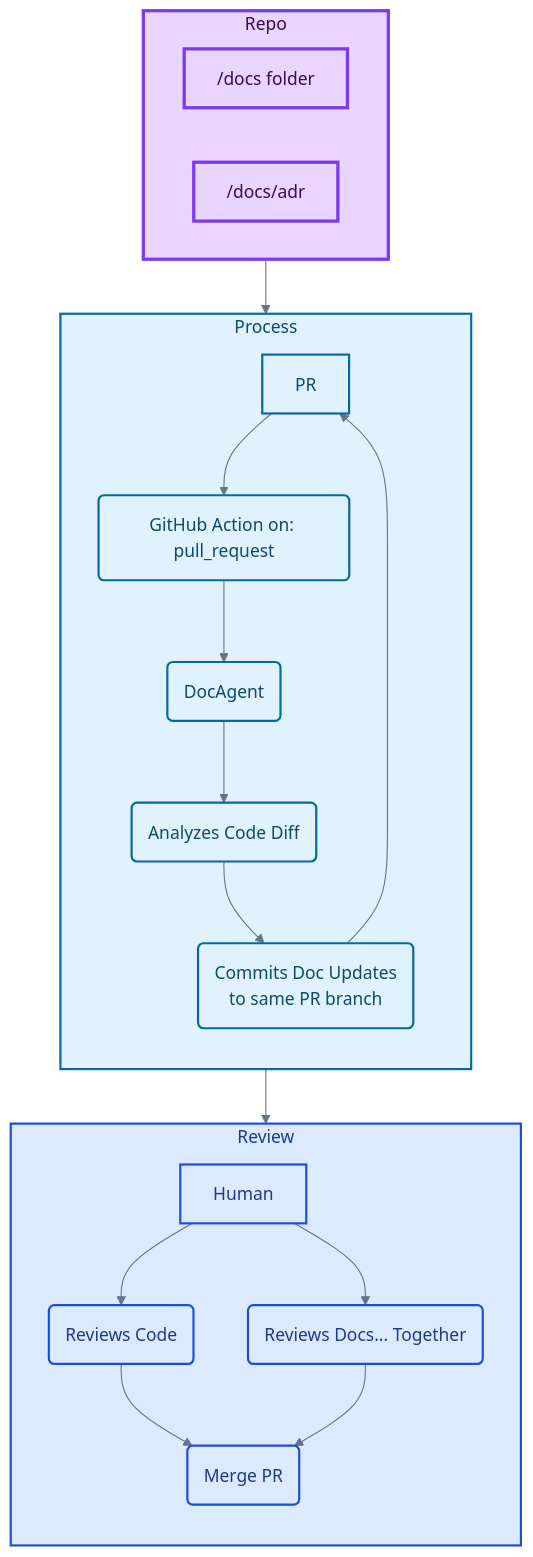
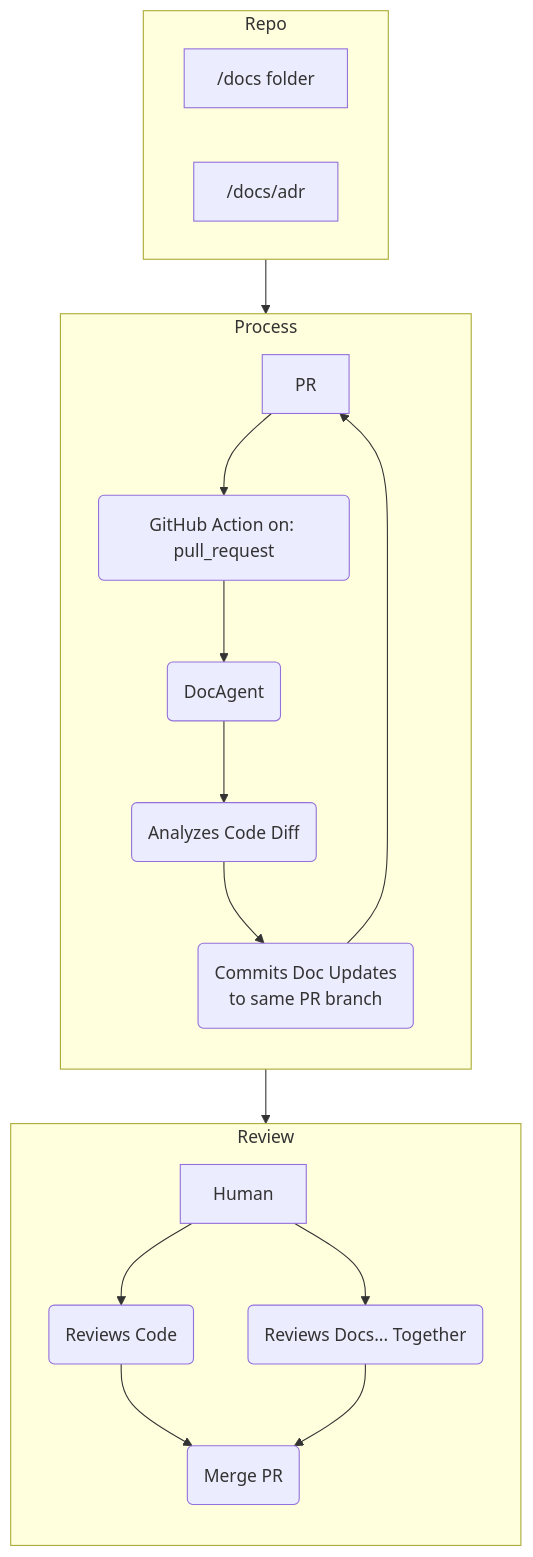
Before and after one commit to donbr/github-agentic-om: the eighth of 8 diagrams in github-native-operating-model.md, drawn with Mermaid. The commit also changed other lines of this file, not shown here.

````diff
--- a/github-native-operating-model.md
+++ b/github-native-operating-model.md
@@ -526,37 +461,28 @@
 ```mermaid
-%%{init: {"theme":"base", "themeVariables": {"lineColor":"#64748B","primaryBorderColor":"#64748B","textColor":"#1E293B","background":"#FFFFFF"}}}%%
 graph TD
     subgraph Repo
         direction LR
         DOCS["/docs folder"]
         ADRS["/docs/adr"]
     end
 
     subgraph Process
         direction TB
         PR --> GHA(GitHub Action on: pull_request);
         GHA --> DocAgent(DocAgent);
         DocAgent --> DIFF(Analyzes Code Diff);
         DIFF --> COMMIT(Commits Doc Updates <br/> to same PR branch);
         COMMIT --> PR;
     end
 
     subgraph Review
         direction TB
         Human
         Human --> ReviewCode(Reviews Code);
         Human --> ReviewDocs(Reviews Docs... Together);
         ReviewCode & ReviewDocs --> Merge(Merge PR);
     end
 
     Repo --> GHA;
     PR --> Human;
-
-    classDef knowledge fill:#E9D5FF,stroke:#7C3AED,stroke-width:3px,color:#3B0764
-    classDef process fill:#E0F2FE,stroke:#0369A1,stroke-width:2px,color:#0C4A6E
-    classDef review fill:#DBEAFE,stroke:#1D4ED8,stroke-width:2px,color:#1E3A8A
-
-    class Repo,DOCS,ADRS knowledge
-    class Process,PR,GHA,DocAgent,DIFF,COMMIT process
-    class Review,Human,ReviewCode,ReviewDocs,Merge review
 ```
````
